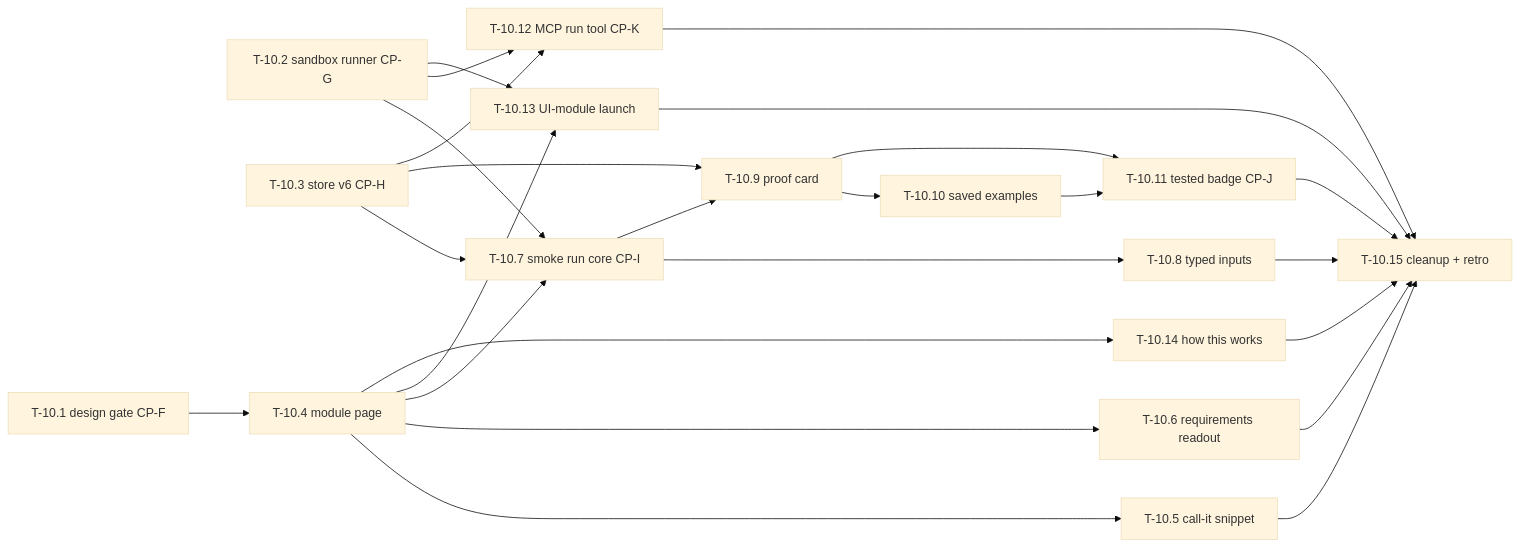
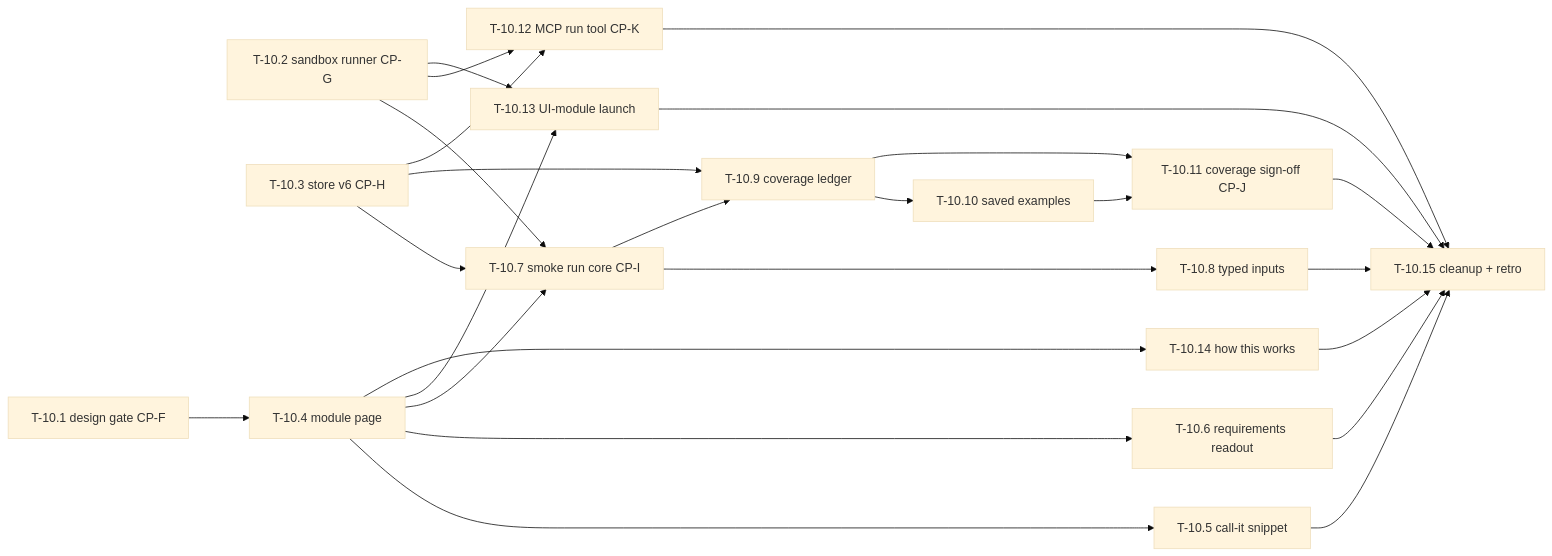
One commit to Mkohler4/gunk changed the diagram in docs/tasks/phase-10-run-and-test-modules.md. Above: the diagram before and after it, drawn with Mermaid (base theme). The commit also changed other lines of this file and 5 other files, not shown here.

First line of the commit message:
feat(app): coverage sign-off rule — happy path + your own inputs (T-10.11) (#179)

````diff
--- a/docs/tasks/phase-10-run-and-test-modules.md
+++ b/docs/tasks/phase-10-run-and-test-modules.md
@@ -1366,43 +1503,43 @@
 ```mermaid
 flowchart LR
     t1[T-10.1 design gate CP-F]
     t2[T-10.2 sandbox runner CP-G]
     t3[T-10.3 store v6 CP-H]
     t4[T-10.4 module page]
     t5[T-10.5 call-it snippet]
     t6[T-10.6 requirements readout]
     t7[T-10.7 smoke run core CP-I]
     t8[T-10.8 typed inputs]
-    t9[T-10.9 proof card]
+    t9[T-10.9 coverage ledger]
     t10[T-10.10 saved examples]
-    t11[T-10.11 tested badge CP-J]
+    t11[T-10.11 coverage sign-off CP-J]
     t12[T-10.12 MCP run tool CP-K]
     t13[T-10.13 UI-module launch]
     t14[T-10.14 how this works]
     t15[T-10.15 cleanup + retro]
 
     t1 --> t4
     t2 --> t7
     t3 --> t7
     t4 --> t5
     t4 --> t6
     t4 --> t7
     t7 --> t8
     t7 --> t9
     t9 --> t10
     t3 --> t9
     t9 --> t11
     t10 --> t11
     t2 --> t12
     t3 --> t12
     t2 --> t13
     t4 --> t13
     t4 --> t14
     t5 --> t15
     t6 --> t15
     t8 --> t15
     t11 --> t15
     t12 --> t15
     t13 --> t15
     t14 --> t15
 ```
````
